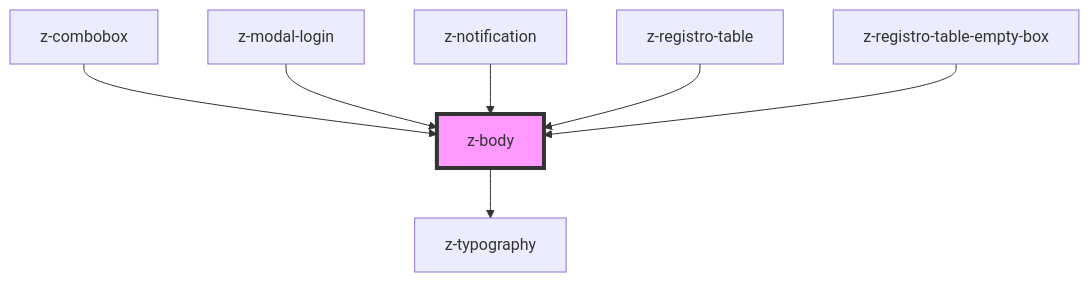
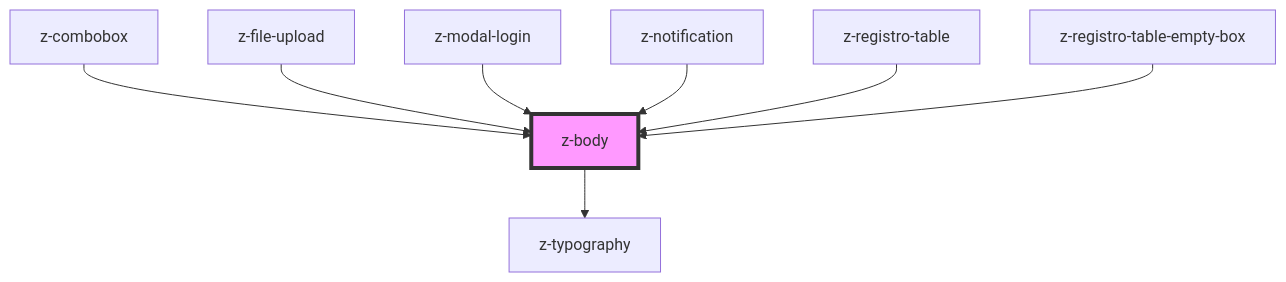
Before and after one commit to ZanichelliEditore/design-system: the diagram in src/components/typography/z-body/readme.md, drawn with Mermaid. The commit also changed other lines of this file and 12 other files, not shown here.

````diff
--- a/src/components/typography/z-body/readme.md
+++ b/src/components/typography/z-body/readme.md
@@ -30,10 +31,11 @@
 ```mermaid
 graph TD;
   z-body --> z-typography
   z-combobox --> z-body
+  z-file-upload --> z-body
   z-modal-login --> z-body
   z-notification --> z-body
   z-registro-table --> z-body
   z-registro-table-empty-box --> z-body
   style z-body fill:#f9f,stroke:#333,stroke-width:4px
 ```
````
